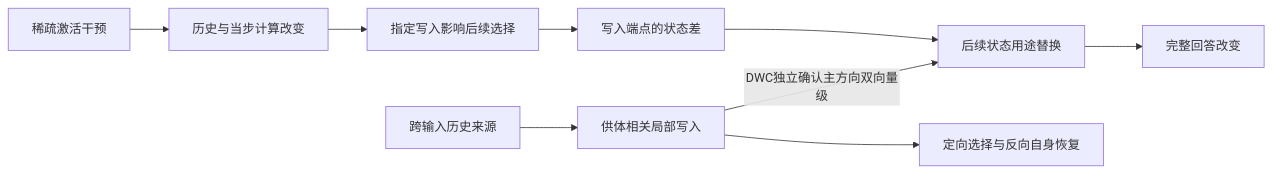
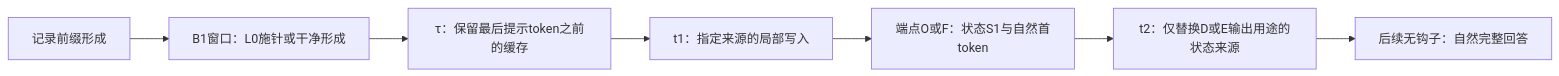
One commit to yuxiexiong/acupuncture changed the first of 2 diagrams in docs/mechanism-paper-skeleton-2026-11-05.zh-CN.md. Above: the diagram before and after it, drawn with Mermaid. The commit also changed other lines of this file and 11 other files, not shown here.

````diff
--- a/docs/mechanism-paper-skeleton-2026-11-05.zh-CN.md
+++ b/docs/mechanism-paper-skeleton-2026-11-05.zh-CN.md
@@ -291,11 +87,9 @@
 ```mermaid
 flowchart LR
-    I[稀疏激活干预] --> H[历史与当步计算改变]
-    H --> W[指定写入影响后续选择]
-    W --> S[写入端点的状态差]
-    S --> R[后续状态用途替换]
-    R --> Y[完整回答改变]
-    V[跨输入历史来源] --> DW[供体相关局部写入]
-    DW --> DY[定向选择与反向自身恢复]
-    DW -->|DWC独立确认主方向双向量级| R
+    A[记录前缀形成] --> B[B1窗口：L0施针或干净形成]
+    B --> C[τ：保留最后提示token之前的缓存]
+    C --> D[t1：指定来源的局部写入]
+    D --> E[端点O或F：状态S1与自然首token]
+    E --> F[t2：仅替换D或E输出用途的状态来源]
+    F --> G[后续无钩子：自然完整回答]
 ```
````
